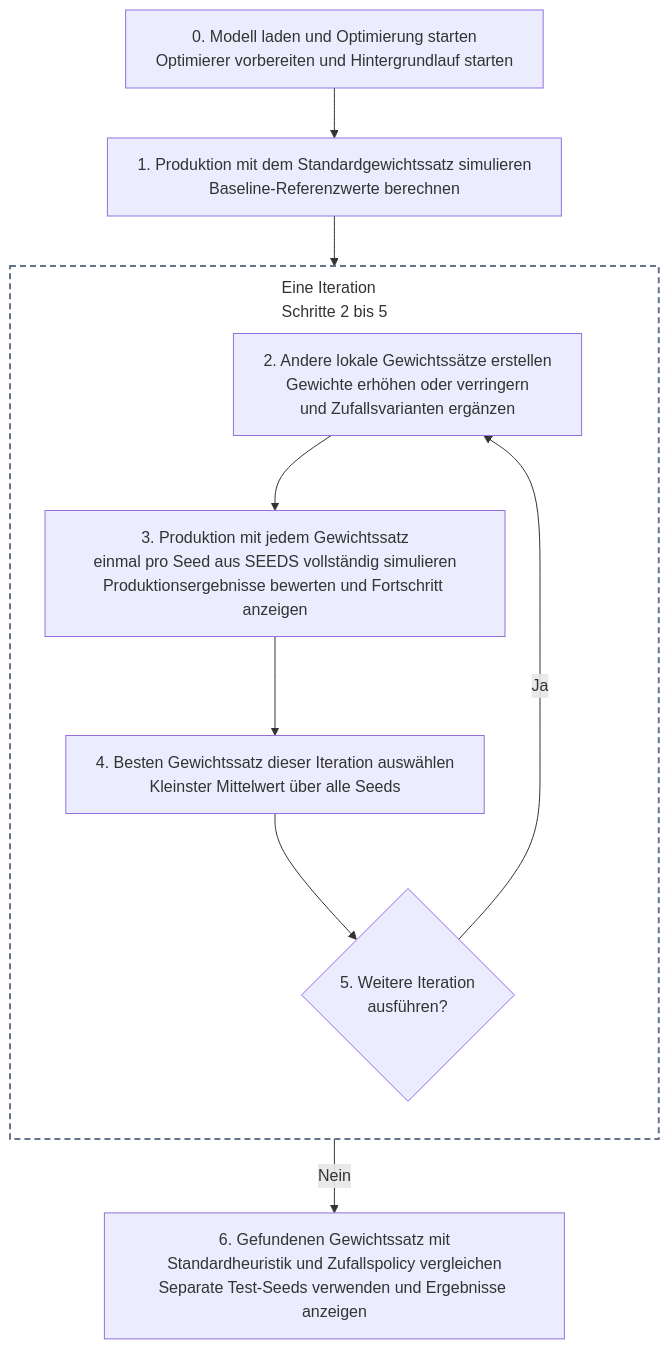
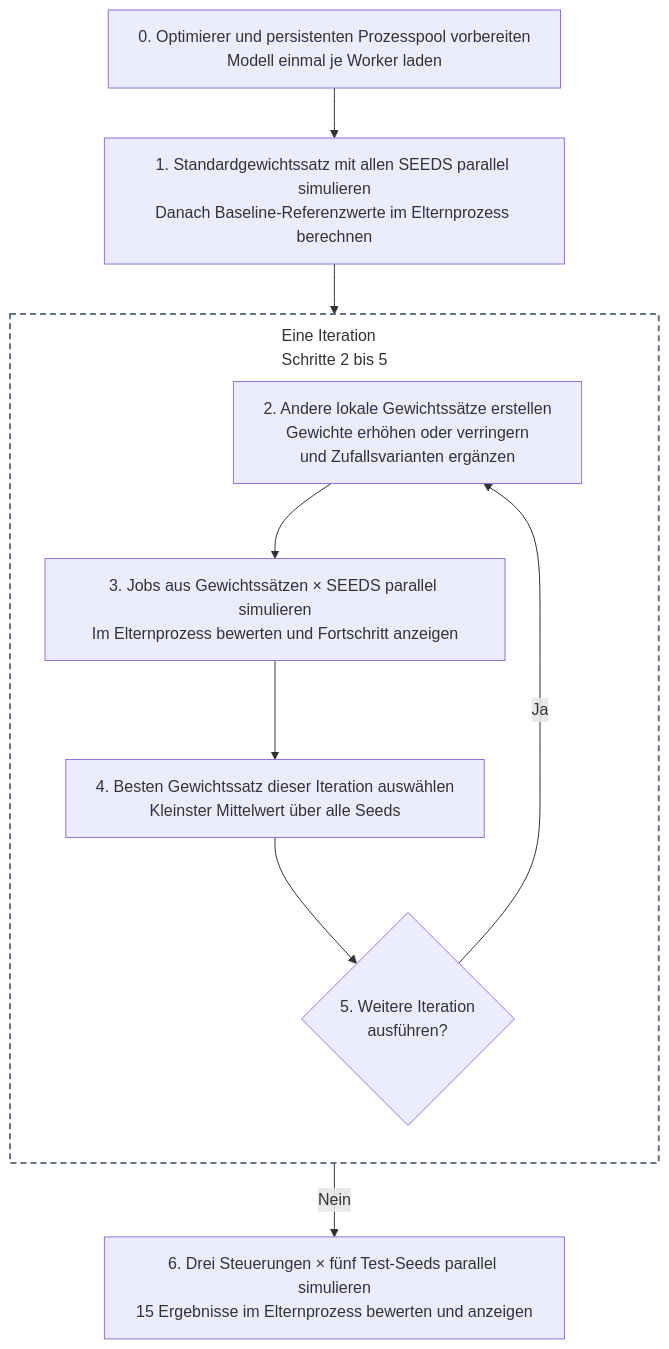
Diagram 13 of 17 in README.md (ghackenberg/SpineML), drawn with Mermaid before and after one commit. The commit also changed other lines of this file, not shown here.

Commit message:
Document parallel CPU optimization and corrected metric charts

````diff
--- a/README.md
+++ b/README.md
@@ -2316,29 +2470,29 @@
 ```mermaid
 ---
 config:
   flowchart:
     wrappingWidth: 400
     rankSpacing: 50
     subGraphTitleMargin:
       top: 10
       bottom: 20
 ---
 flowchart TD
-    P["0. Modell laden und Optimierung starten<br/>Optimierer vorbereiten und Hintergrundlauf starten"]
-    A["1. Produktion mit dem Standardgewichtssatz simulieren<br/>Baseline-Referenzwerte berechnen"]
+    P["0. Optimierer und persistenten Prozesspool vorbereiten<br/>Modell einmal je Worker laden"]
+    A["1. Standardgewichtssatz mit allen SEEDS parallel simulieren<br/>Danach Baseline-Referenzwerte im Elternprozess berechnen"]
 
     subgraph Iteration["Eine Iteration<br/>Schritte 2 bis 5"]
         direction TB
         B["2. Andere lokale Gewichtssätze erstellen<br/>Gewichte erhöhen oder verringern<br/>und Zufallsvarianten ergänzen"]
-        B --> C["3. Produktion mit jedem Gewichtssatz<br/>einmal pro Seed aus SEEDS vollständig simulieren<br/>Produktionsergebnisse bewerten und Fortschritt anzeigen"]
+        B --> C["3. Jobs aus Gewichtssätzen × SEEDS parallel simulieren<br/>Im Elternprozess bewerten und Fortschritt anzeigen"]
         C --> D["4. Besten Gewichtssatz dieser Iteration auswählen<br/>Kleinster Mittelwert über alle Seeds"]
         D --> E{"5. Weitere Iteration<br/>ausführen?"}
     end
 
     P --> A
     A --> B
     E -- Ja --> B
-    E -- Nein --> F["6. Gefundenen Gewichtssatz mit<br/>Standardheuristik und Zufallspolicy vergleichen<br/>Separate Test-Seeds verwenden und Ergebnisse anzeigen"]
+    E -- Nein --> F["6. Drei Steuerungen × fünf Test-Seeds parallel simulieren<br/>15 Ergebnisse im Elternprozess bewerten und anzeigen"]
 
     style Iteration fill:transparent,stroke:#64748b,stroke-width:2px,stroke-dasharray:6 4
 ```
````
